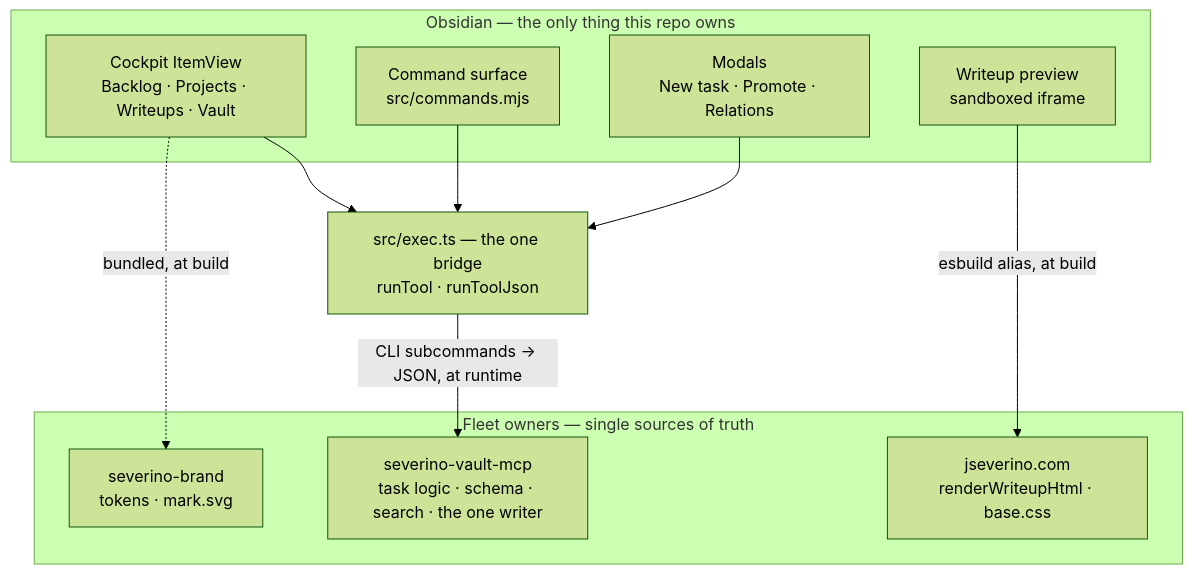
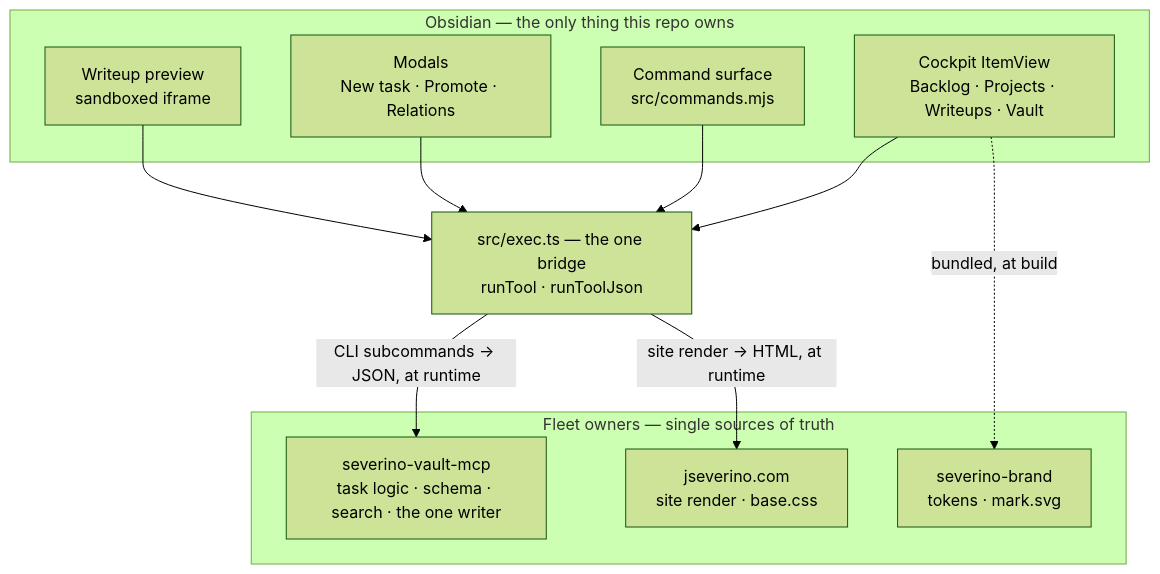
One commit to joeseverino/severino-obsidian changed the diagram in docs/diagrams/architecture.mmd. Above: the diagram before and after it, drawn with Mermaid (forest theme). The commit also changed 10 other files, not shown here.

Commit message:
fix: preview renders through site render; the build no longer bundles the renderer

```diff
--- a/docs/diagrams/architecture.mmd
+++ b/docs/diagrams/architecture.mmd
@@ -1,23 +1,24 @@
 flowchart TB
     subgraph editor["Obsidian — the only thing this repo owns"]
         cockpit["Cockpit ItemView<br/>Backlog · Projects · Writeups · Vault"]
         cmds["Command surface<br/>src/commands.mjs"]
         modals["Modals<br/>New task · Promote · Relations"]
         preview["Writeup preview<br/>sandboxed iframe"]
     end
 
     bridge["src/exec.ts — the one bridge<br/>runTool · runToolJson"]
 
     cockpit --> bridge
     cmds --> bridge
     modals --> bridge
+    preview --> bridge
 
     subgraph owners["Fleet owners — single sources of truth"]
         mcp["severino-vault-mcp<br/>task logic · schema · search · the one writer"]
-        site["jseverino.com<br/>renderWriteupHtml · base.css"]
+        site["jseverino.com<br/>site render · base.css"]
         brand["severino-brand<br/>tokens · mark.svg"]
     end
 
     bridge -->|"CLI subcommands → JSON, at runtime"| mcp
-    preview -->|"esbuild alias, at build"| site
+    bridge -->|"site render → HTML, at runtime"| site
     cockpit -.->|"bundled, at build"| brand
```
